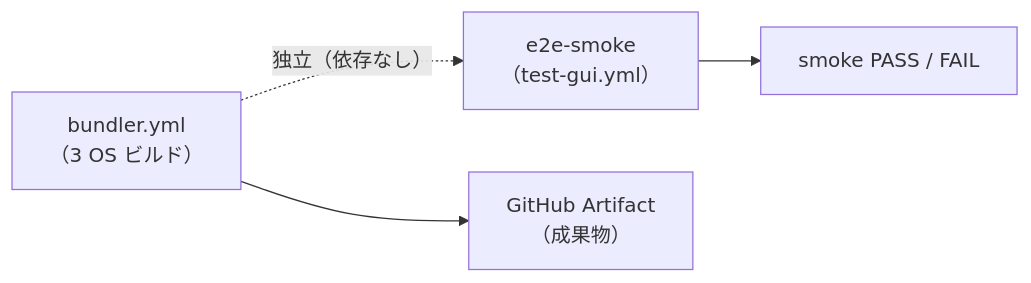
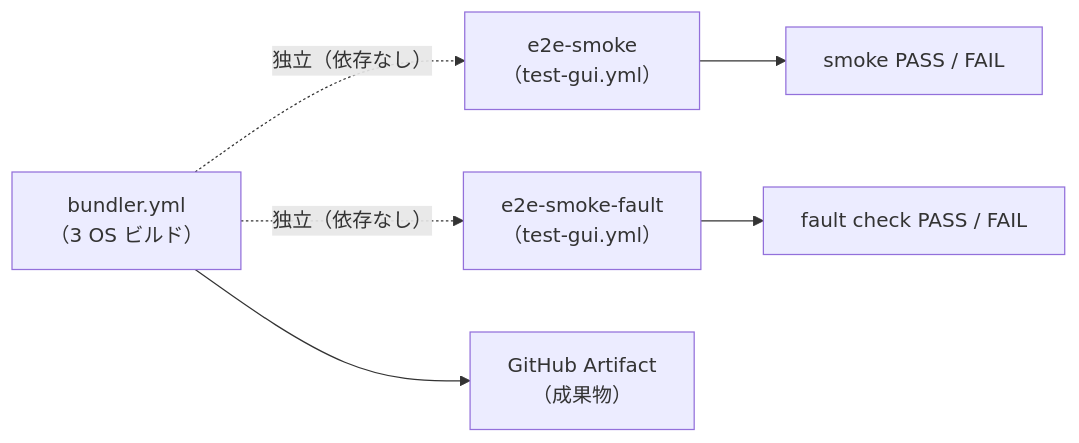
One commit to shikomi-dev/shikomi changed the sixth of 6 diagrams in docs/features/shikomi-gui/build-ci/detailed-design.md. Above: the diagram before and after it, drawn with Mermaid. The commit also changed other lines of this file and 2 other files, not shown here.

````diff
--- a/docs/features/shikomi-gui/build-ci/detailed-design.md
+++ b/docs/features/shikomi-gui/build-ci/detailed-design.md
@@ -430,11 +503,15 @@
 ```mermaid
 flowchart LR
     Bundler["bundler.yml\n（3 OS ビルド）"]
     E2E["e2e-smoke\n（test-gui.yml）"]
+    Fault["e2e-smoke-fault\n（test-gui.yml）"]
     Artifacts["GitHub Artifact\n（成果物）"]
     Result["smoke PASS / FAIL"]
+    FaultResult["fault check PASS / FAIL"]
 
     Bundler --> Artifacts
     E2E --> Result
+    Fault --> FaultResult
     Bundler -.->|"独立（依存なし）"| E2E
+    Bundler -.->|"独立（依存なし）"| Fault
 ```
````
